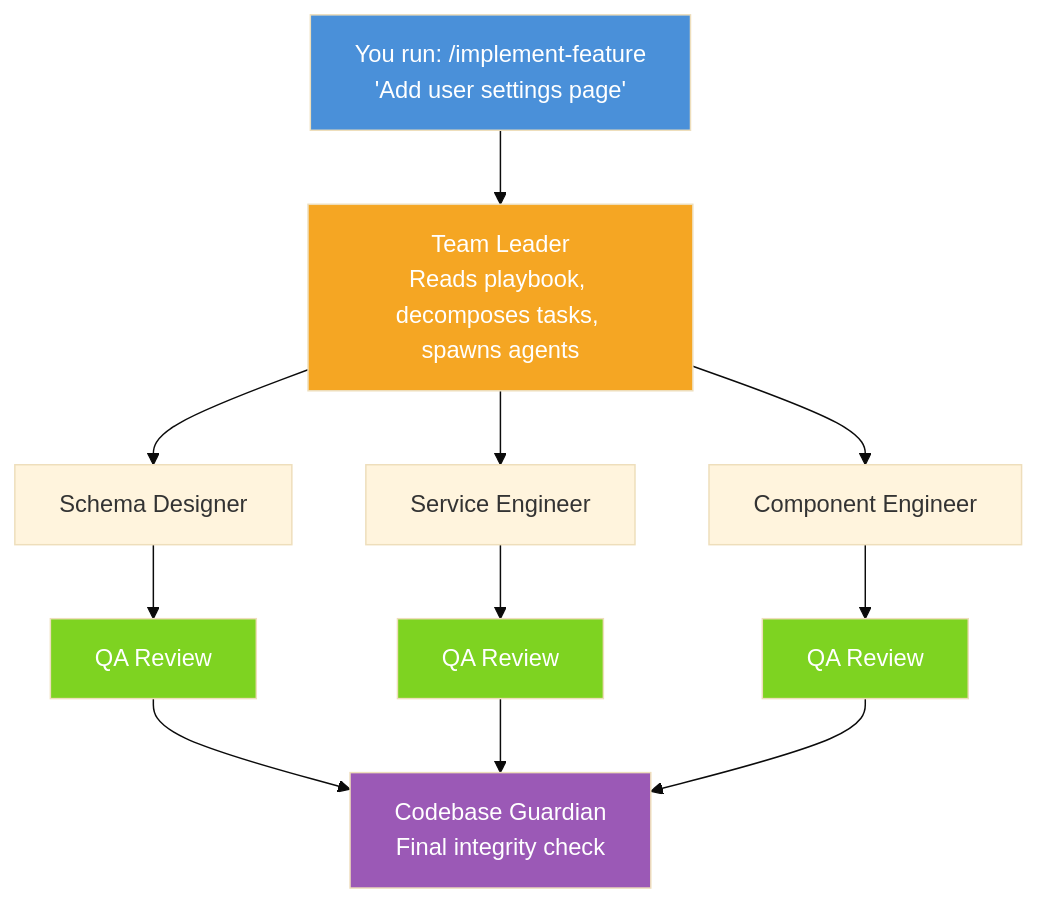
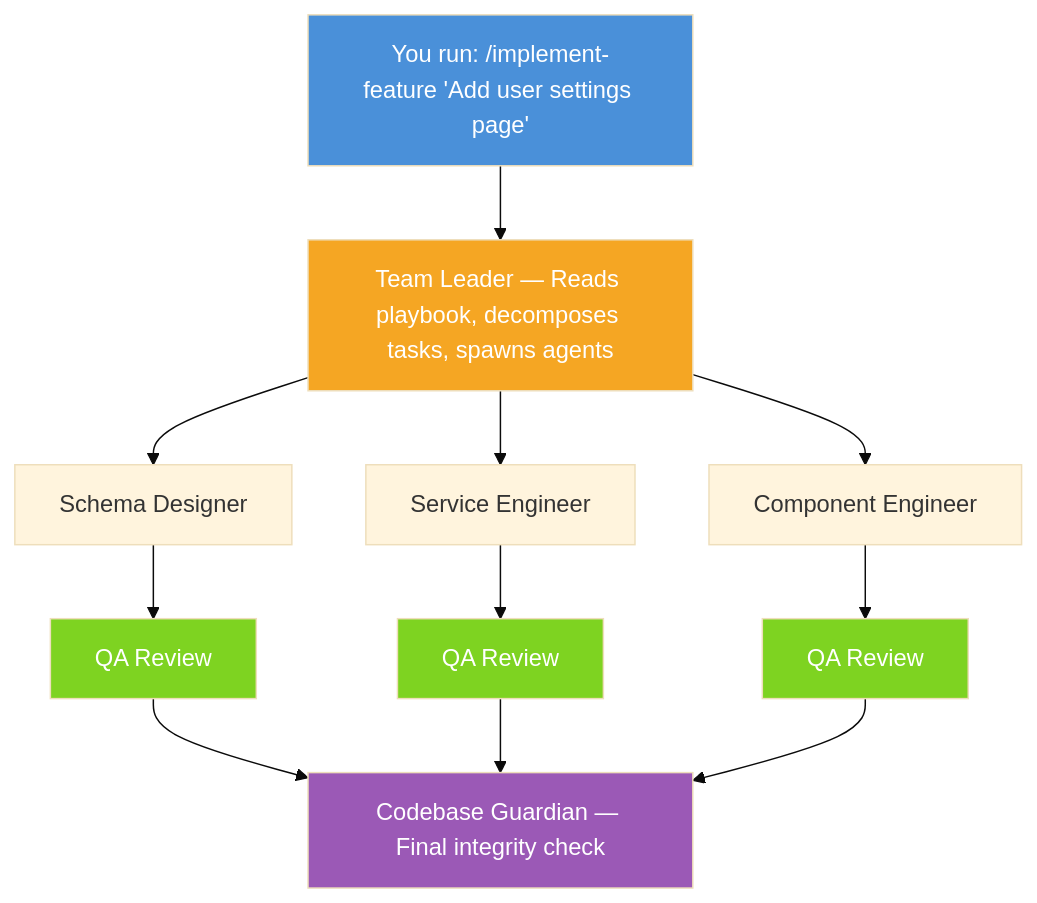
One commit to ParkerM2/create-claude-workflow changed the first of 3 diagrams in README.md. Above: the diagram before and after it, drawn with Mermaid (base theme). The commit also changed other lines of this file, not shown here.

First line of the commit message:
fix: replace gitgraph with flowchart, remove \n from mermaid labels

````diff
--- a/README.md
+++ b/README.md
@@ -15,20 +15,20 @@
 ```mermaid
 flowchart TD
-    A["You run: /implement-feature\n'Add user settings page'"] --> B["Team Leader\nReads playbook, decomposes tasks, spawns agents"]
+    A["You run: /implement-feature 'Add user settings page'"] --> B["Team Leader — Reads playbook, decomposes tasks, spawns agents"]
     B --> C["Schema Designer"]
     B --> D["Service Engineer"]
     B --> E["Component Engineer"]
     C --> F["QA Review"]
     D --> G["QA Review"]
     E --> H["QA Review"]
-    F --> I["Codebase Guardian\nFinal integrity check"]
+    F --> I["Codebase Guardian — Final integrity check"]
     G --> I
     H --> I
 
     style A fill:#4a90d9,color:#fff
     style B fill:#f5a623,color:#fff
     style F fill:#7ed321,color:#fff
     style G fill:#7ed321,color:#fff
     style H fill:#7ed321,color:#fff
     style I fill:#9b59b6,color:#fff
 ```
````
